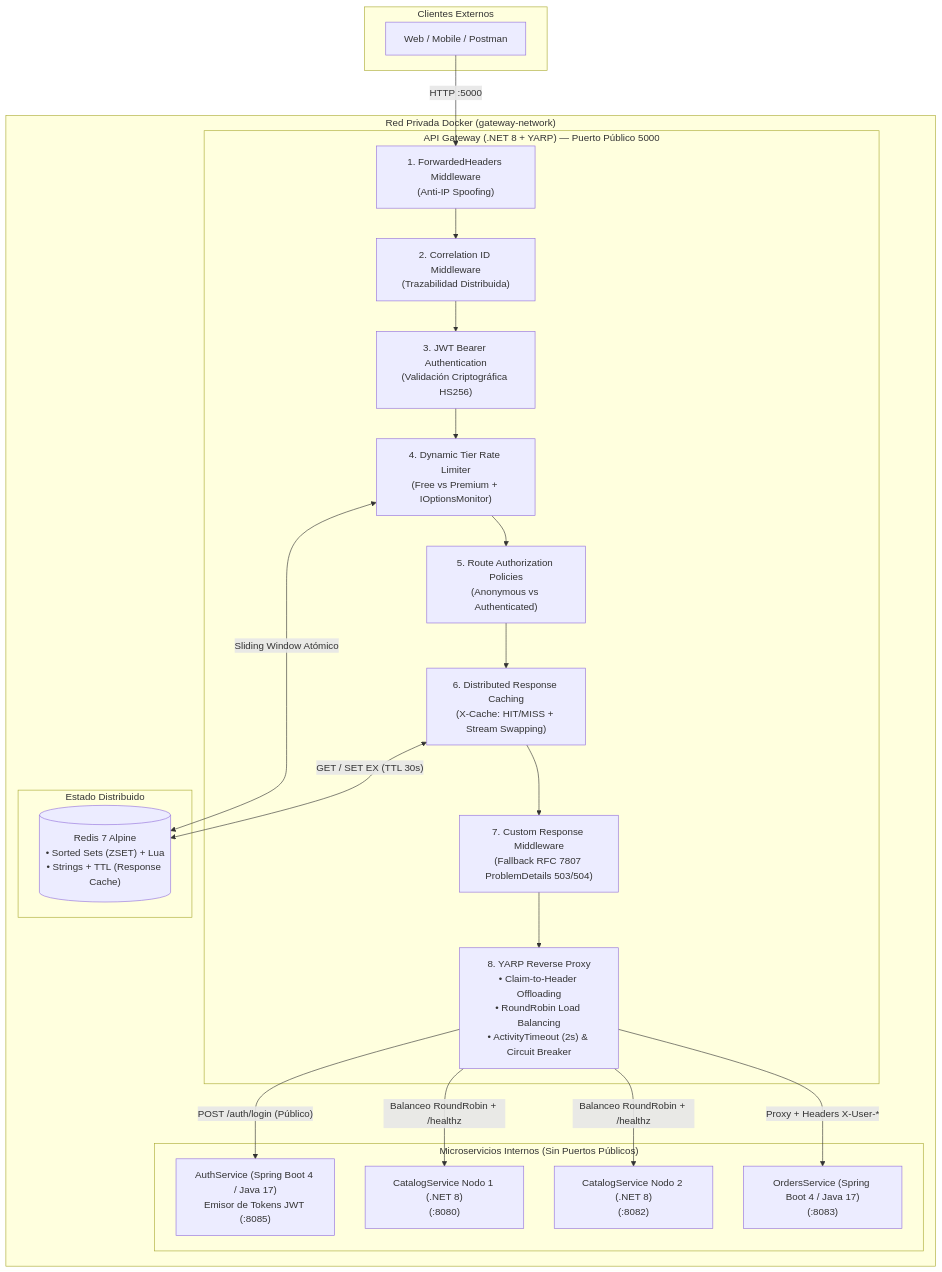
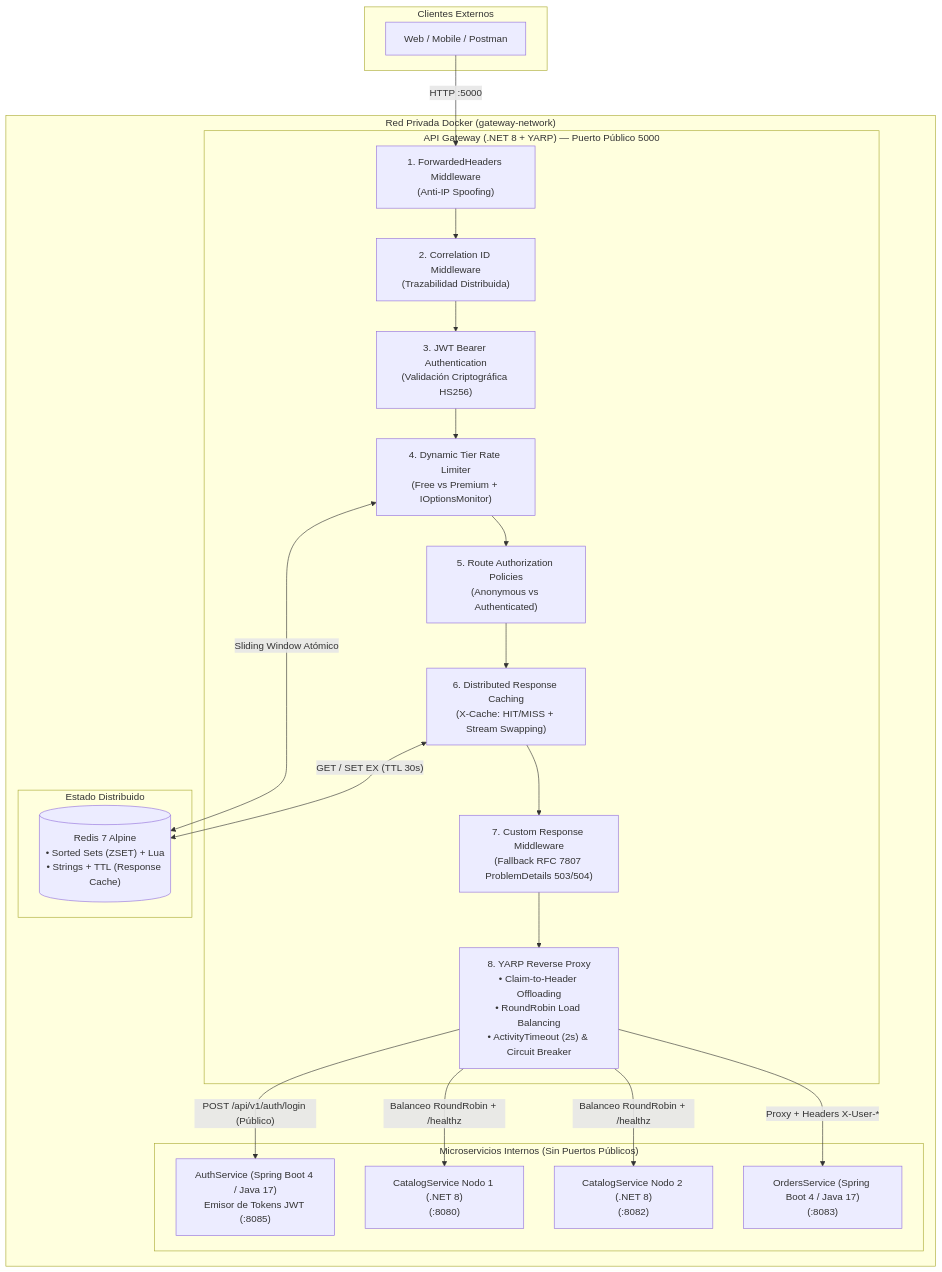
The diagram in README.md (Ariel-Marcelo/cloud-native-api-gateway), drawn with Mermaid before and after one commit. The commit also changed other lines of this file and 6 other files, not shown here.

````diff
--- a/README.md
+++ b/README.md
@@ -9,40 +9,40 @@
 ```mermaid
 flowchart TD
     subgraph Clientes["Clientes Externos"]
         Client["Web / Mobile / Postman"]
     end
 
     subgraph DockerNet["Red Privada Docker (gateway-network)"]
         subgraph Edge["API Gateway (.NET 8 + YARP) — Puerto Público 5000"]
             FH["1. ForwardedHeaders Middleware<br/>(Anti-IP Spoofing)"]
             CID["2. Correlation ID Middleware<br/>(Trazabilidad Distribuida)"]
             JWT["3. JWT Bearer Authentication<br/>(Validación Criptográfica HS256)"]
             RL["4. Dynamic Tier Rate Limiter<br/>(Free vs Premium + IOptionsMonitor)"]
             AUTHZ["5. Route Authorization Policies<br/>(Anonymous vs Authenticated)"]
             CACHE["6. Distributed Response Caching<br/>(X-Cache: HIT/MISS + Stream Swapping)"]
             FALLBACK["7. Custom Response Middleware<br/>(Fallback RFC 7807 ProblemDetails 503/504)"]
             YARP["8. YARP Reverse Proxy<br/>• Claim-to-Header Offloading<br/>• RoundRobin Load Balancing<br/>• ActivityTimeout (2s) & Circuit Breaker"]
             
             FH --> CID --> JWT --> RL --> AUTHZ --> CACHE --> FALLBACK --> YARP
         end
 
         subgraph State["Estado Distribuido"]
             REDIS[("Redis 7 Alpine<br/>• Sorted Sets (ZSET) + Lua<br/>• Strings + TTL (Response Cache)")]
         end
 
         subgraph Downstream["Microservicios Internos (Sin Puertos Públicos)"]
             AUTH["AuthService (Spring Boot 4 / Java 17)<br/>Emisor de Tokens JWT (:8085)"]
             CAT1["CatalogService Nodo 1 (.NET 8)<br/>(:8080)"]
             CAT2["CatalogService Nodo 2 (.NET 8)<br/>(:8082)"]
             ORD["OrdersService (Spring Boot 4 / Java 17)<br/>(:8083)"]
         end
     end
 
     Client -->|"HTTP :5000"| FH
     RL <-->|"Sliding Window Atómico"| REDIS
     CACHE <-->|"GET / SET EX (TTL 30s)"| REDIS
-    YARP -->|"POST /auth/login (Público)"| AUTH
+    YARP -->|"POST /api/v1/auth/login (Público)"| AUTH
     YARP -->|"Balanceo RoundRobin + /healthz"| CAT1
     YARP -->|"Balanceo RoundRobin + /healthz"| CAT2
     YARP -->|"Proxy + Headers X-User-*"| ORD
 ```
````
